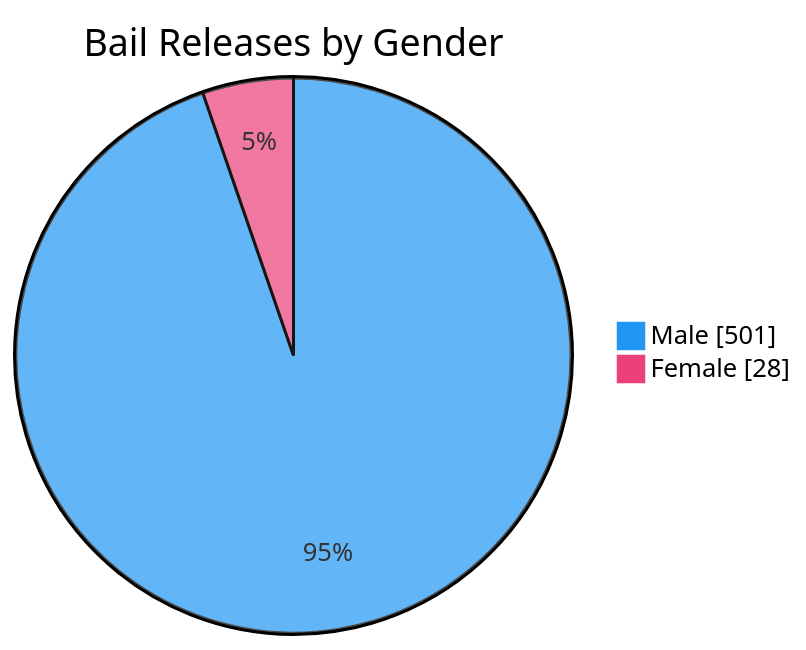
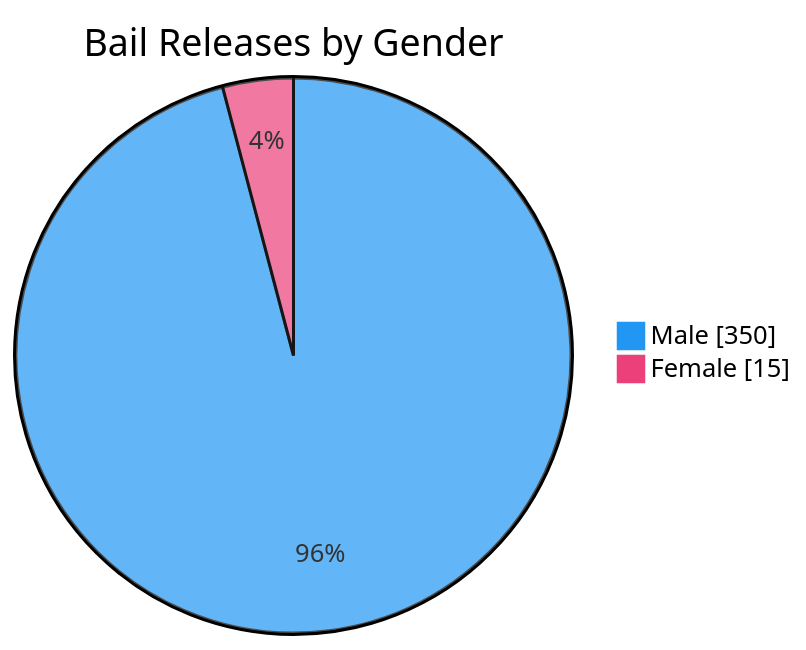
Before and after one commit to nuuuwan/lk_prisons: the seventh of 7 diagrams in README.md, drawn with Mermaid. The commit also changed other lines of this file and 1 other file, not shown here.

````diff
--- a/README.md
+++ b/README.md
@@ -109,6 +109,6 @@
 ```mermaid
 %%{init: {'themeVariables': {'pie1': '#2196F3', 'pie2': '#EC407A'}}}%%
 pie showData title Bail Releases by Gender
-    "Male" : 501
-    "Female" : 28
+    "Male" : 350
+    "Female" : 15
 ```
````
